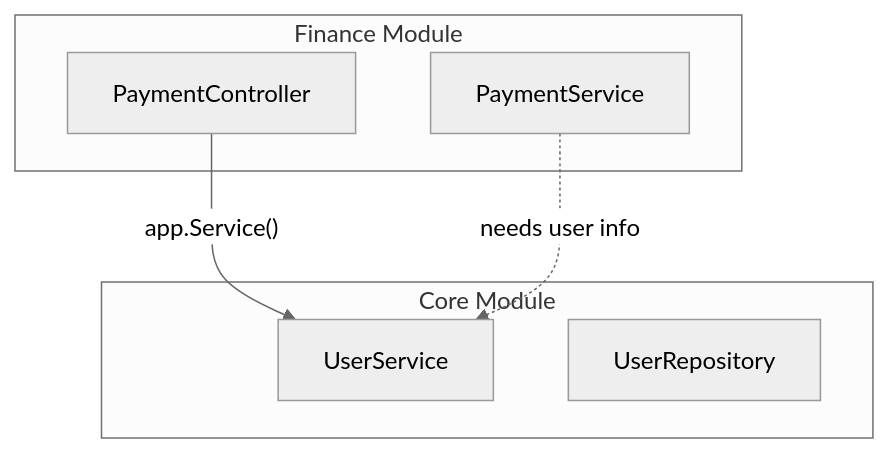
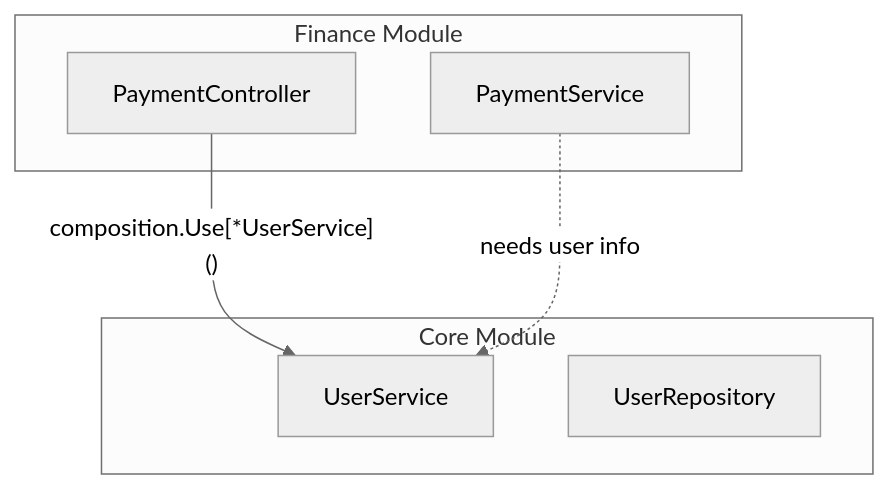
Before and after one commit to iota-uz/iota-sdk: the tenth of 13 diagrams in docs/content/architecture/module-system.mdx, drawn with Mermaid (neutral theme). The commit also changed other lines of this file and 14 other files, not shown here.

````diff
--- a/docs/content/architecture/module-system.mdx
+++ b/docs/content/architecture/module-system.mdx
@@ -224,15 +236,15 @@
 ```mermaid
 graph TB
     subgraph "Finance Module"
         A[PaymentService]
         B[PaymentController]
     end
     
     subgraph "Core Module"
         C[UserService]
         D[UserRepository]
     end
     
-    B -->|"app.Service()"| C
+    B -->|"composition.Use[*UserService]()"| C
     A -.->|"needs user info"| C
 ```
````
